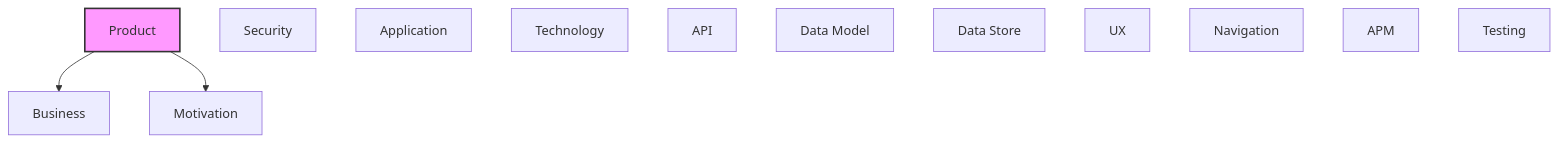
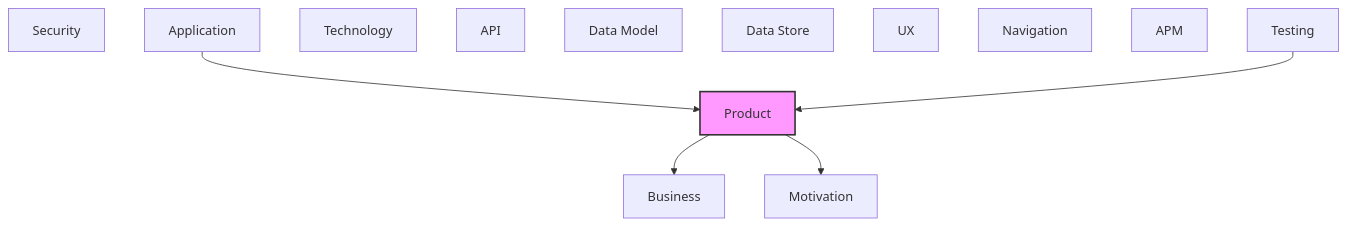
The second of 2 diagrams in documentation-robotics/reports/03-product-layer-report.md (tinkermonkey/heimdall), drawn with Mermaid before and after one commit. The commit also changed other lines of this file and 41 other files, not shown here.

````diff
--- a/documentation-robotics/reports/03-product-layer-report.md
+++ b/documentation-robotics/reports/03-product-layer-report.md
@@ -54,20 +83,22 @@
 ```mermaid
 flowchart TB
   classDef current fill:#f9f,stroke:#333,stroke-width:2px
   motivation["Motivation"]
   business["Business"]
   product["Product"]
   security["Security"]
   application["Application"]
   technology["Technology"]
   api["API"]
   data_model["Data Model"]
   data_store["Data Store"]
   ux["UX"]
   navigation["Navigation"]
   apm["APM"]
   testing["Testing"]
+  application --> product
   product --> business
   product --> motivation
+  testing --> product
   class product current
 ```
````
